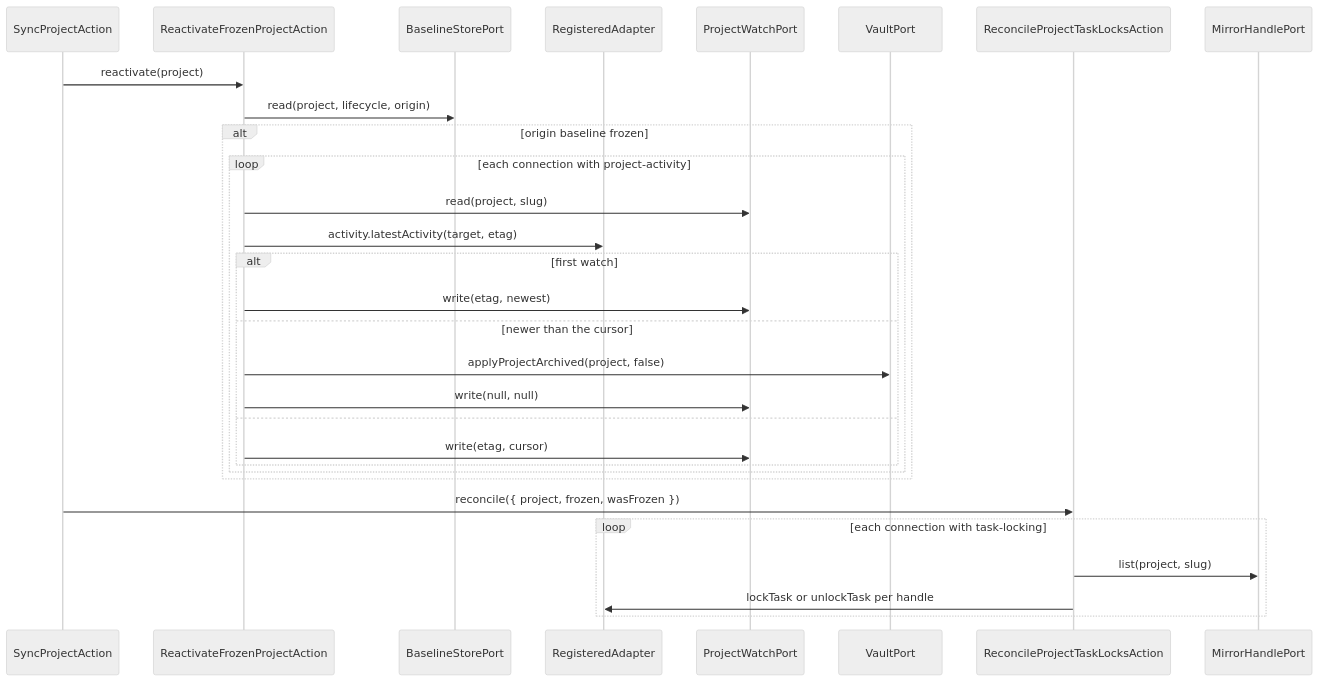
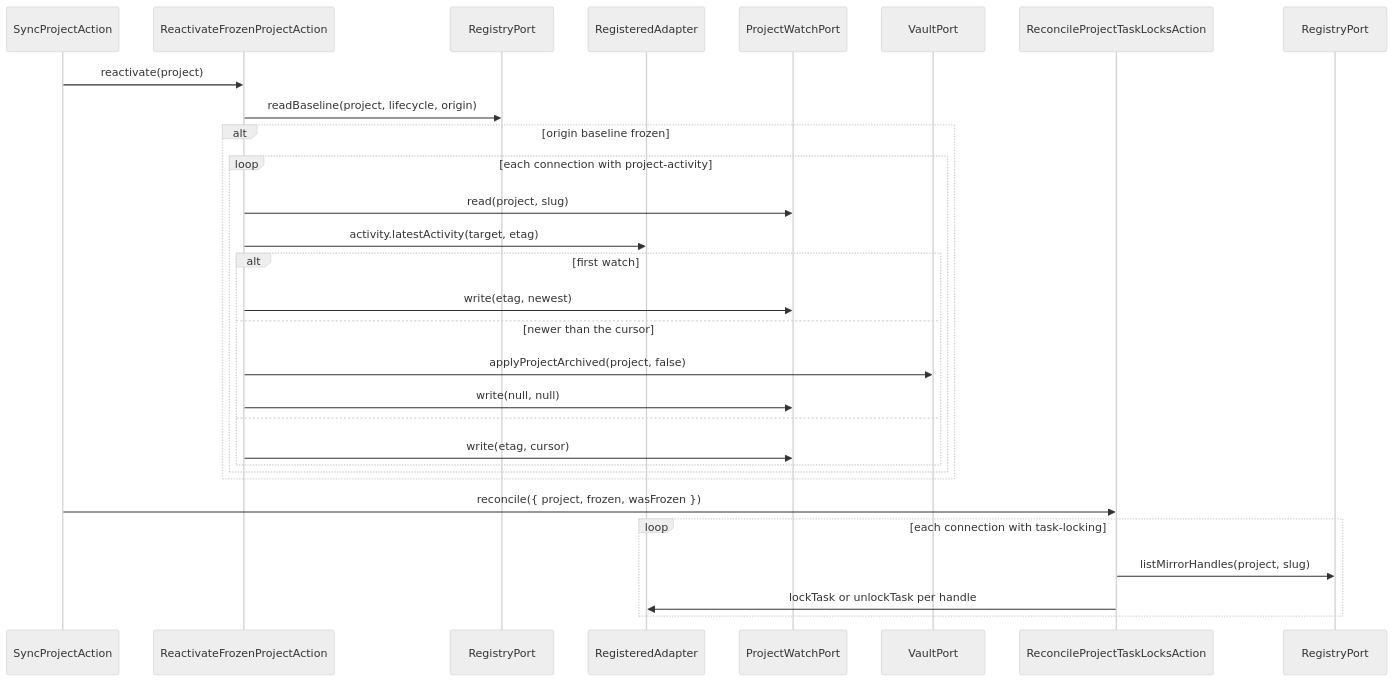
Before and after one commit to 99linesofcode/obsidian-project-management: the tenth of 18 diagrams in docs/developer-manual.md, drawn with Mermaid (neutral theme). The commit also changed other lines of this file and 39 other files, not shown here.

First line of the commit message:
refactor(registry): collapse the registry ports into one RegistryPort

````diff
--- a/docs/developer-manual.md
+++ b/docs/developer-manual.md
@@ -539,33 +538,33 @@
 ```mermaid
 sequenceDiagram
   participant SP as SyncProjectAction
   participant React as ReactivateFrozenProjectAction
-  participant B as BaselineStorePort
+  participant B as RegistryPort
   participant R as RegisteredAdapter
   participant W as ProjectWatchPort
   participant O as VaultPort
   participant Lock as ReconcileProjectTaskLocksAction
-  participant H as MirrorHandlePort
+  participant H as RegistryPort
 
   SP->>React: reactivate(project)
-  React->>B: read(project, lifecycle, origin)
+  React->>B: readBaseline(project, lifecycle, origin)
   alt origin baseline frozen
     loop each connection with project-activity
       React->>W: read(project, slug)
       React->>R: activity.latestActivity(target, etag)
       alt first watch
         React->>W: write(etag, newest)
       else newer than the cursor
         React->>O: applyProjectArchived(project, false)
         React->>W: write(null, null)
       else
         React->>W: write(etag, cursor)
       end
     end
   end
   SP->>Lock: reconcile({ project, frozen, wasFrozen })
   loop each connection with task-locking
-    Lock->>H: list(project, slug)
+    Lock->>H: listMirrorHandles(project, slug)
     Lock->>R: lockTask or unlockTask per handle
   end
 ```
````
